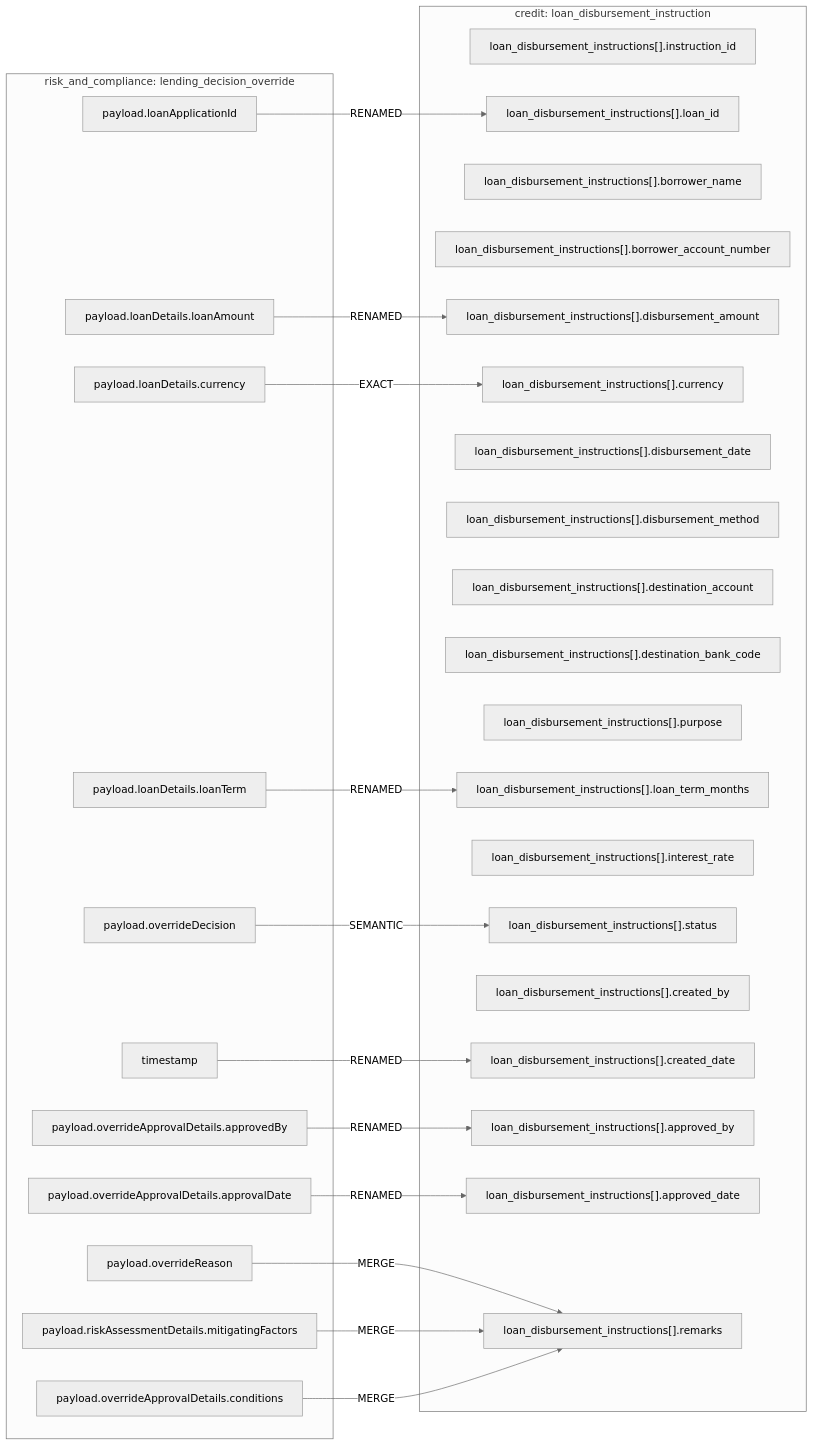
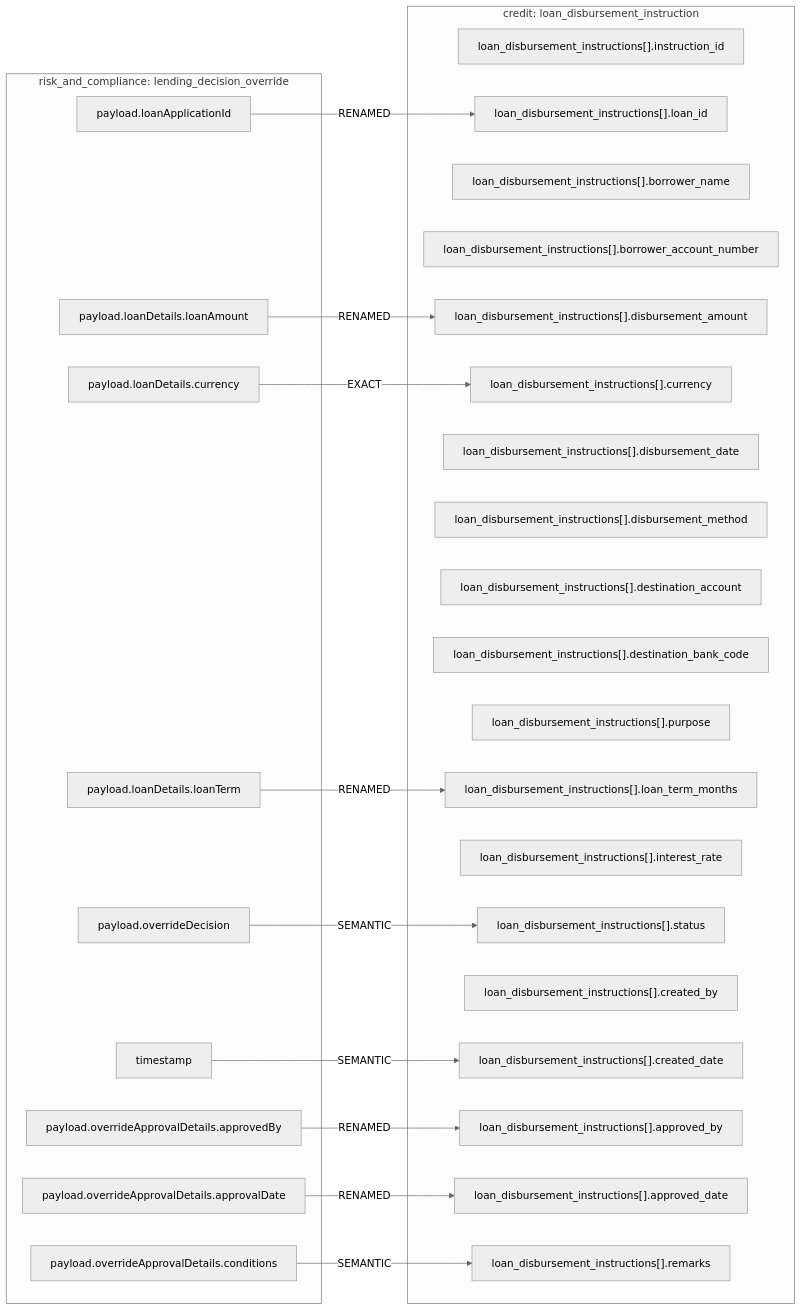
Before and after one commit to MAKWilkinson/HSBC-Data-Fabric-PoC-v2: the diagram in mermaids/credit/accounts/loan_disbursement_instruction__from__risk_and_compliance__lending_decision_override.mmd, drawn with Mermaid (neutral theme). The commit also changed 257 other files, not shown here.

```diff
--- a/mermaids/credit/accounts/loan_disbursement_instruction__from__risk_and_compliance__lending_decision_override.mmd
+++ b/mermaids/credit/accounts/loan_disbursement_instruction__from__risk_and_compliance__lending_decision_override.mmd
@@ -1,46 +1,42 @@
 flowchart LR
   subgraph IN["risk_and_compliance: lending_decision_override"]
     in_payload_loanApplicationId["payload.loanApplicationId"]
     in_payload_loanDetails_loanAmount["payload.loanDetails.loanAmount"]
     in_payload_loanDetails_currency["payload.loanDetails.currency"]
     in_payload_loanDetails_loanTerm["payload.loanDetails.loanTerm"]
     in_payload_overrideDecision["payload.overrideDecision"]
     in_timestamp["timestamp"]
     in_payload_overrideApprovalDetails_approvedBy["payload.overrideApprovalDetails.approvedBy"]
     in_payload_overrideApprovalDetails_approvalDate["payload.overrideApprovalDetails.approvalDate"]
-    in_payload_overrideReason["payload.overrideReason"]
-    in_payload_riskAssessmentDetails_mitigatingFactors["payload.riskAssessmentDetails.mitigatingFactors"]
     in_payload_overrideApprovalDetails_conditions["payload.overrideApprovalDetails.conditions"]
   end
   subgraph OUT["credit: loan_disbursement_instruction"]
     out_loan_disbursement_instructions___instruction_id["loan_disbursement_instructions[].instruction_id"]
     out_loan_disbursement_instructions___loan_id["loan_disbursement_instructions[].loan_id"]
     out_loan_disbursement_instructions___borrower_name["loan_disbursement_instructions[].borrower_name"]
     out_loan_disbursement_instructions___borrower_account_number["loan_disbursement_instructions[].borrower_account_number"]
     out_loan_disbursement_instructions___disbursement_amount["loan_disbursement_instructions[].disbursement_amount"]
     out_loan_disbursement_instructions___currency["loan_disbursement_instructions[].currency"]
     out_loan_disbursement_instructions___disbursement_date["loan_disbursement_instructions[].disbursement_date"]
     out_loan_disbursement_instructions___disbursement_method["loan_disbursement_instructions[].disbursement_method"]
     out_loan_disbursement_instructions___destination_account["loan_disbursement_instructions[].destination_account"]
     out_loan_disbursement_instructions___destination_bank_code["loan_disbursement_instructions[].destination_bank_code"]
     out_loan_disbursement_instructions___purpose["loan_disbursement_instructions[].purpose"]
     out_loan_disbursement_instructions___loan_term_months["loan_disbursement_instructions[].loan_term_months"]
     out_loan_disbursement_instructions___interest_rate["loan_disbursement_instructions[].interest_rate"]
     out_loan_disbursement_instructions___status["loan_disbursement_instructions[].status"]
     out_loan_disbursement_instructions___created_by["loan_disbursement_instructions[].created_by"]
     out_loan_disbursement_instructions___created_date["loan_disbursement_instructions[].created_date"]
     out_loan_disbursement_instructions___approved_by["loan_disbursement_instructions[].approved_by"]
     out_loan_disbursement_instructions___approved_date["loan_disbursement_instructions[].approved_date"]
     out_loan_disbursement_instructions___remarks["loan_disbursement_instructions[].remarks"]
   end
   in_payload_loanApplicationId -->|RENAMED| out_loan_disbursement_instructions___loan_id
   in_payload_loanDetails_loanAmount -->|RENAMED| out_loan_disbursement_instructions___disbursement_amount
   in_payload_loanDetails_currency -->|EXACT| out_loan_disbursement_instructions___currency
   in_payload_loanDetails_loanTerm -->|RENAMED| out_loan_disbursement_instructions___loan_term_months
   in_payload_overrideDecision -->|SEMANTIC| out_loan_disbursement_instructions___status
-  in_timestamp -->|RENAMED| out_loan_disbursement_instructions___created_date
+  in_timestamp -->|SEMANTIC| out_loan_disbursement_instructions___created_date
   in_payload_overrideApprovalDetails_approvedBy -->|RENAMED| out_loan_disbursement_instructions___approved_by
   in_payload_overrideApprovalDetails_approvalDate -->|RENAMED| out_loan_disbursement_instructions___approved_date
-  in_payload_overrideReason -->|MERGE| out_loan_disbursement_instructions___remarks
-  in_payload_riskAssessmentDetails_mitigatingFactors -->|MERGE| out_loan_disbursement_instructions___remarks
-  in_payload_overrideApprovalDetails_conditions -->|MERGE| out_loan_disbursement_instructions___remarks
+  in_payload_overrideApprovalDetails_conditions -->|SEMANTIC| out_loan_disbursement_instructions___remarks
```
